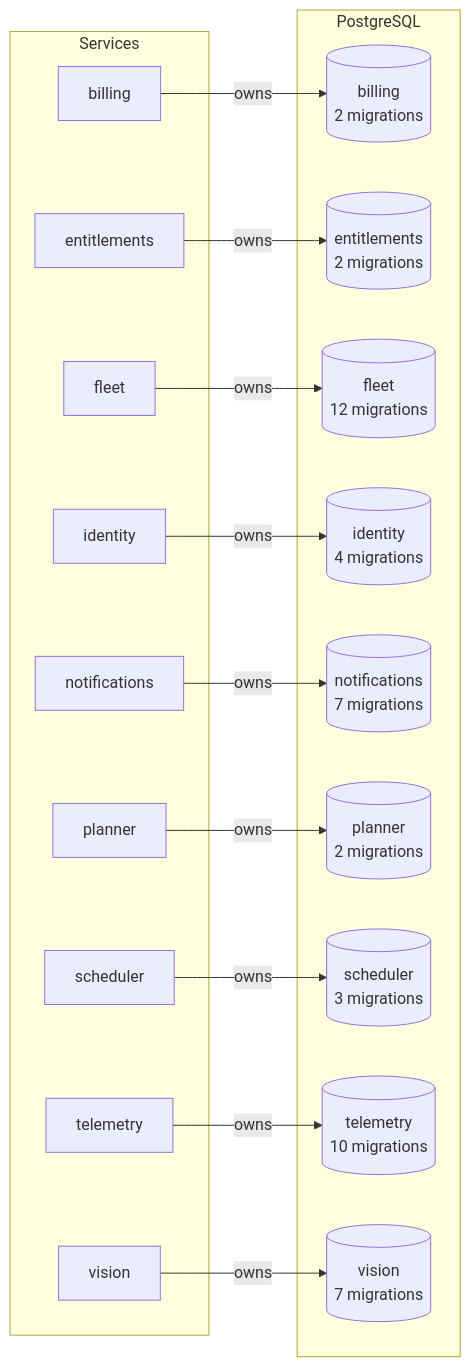
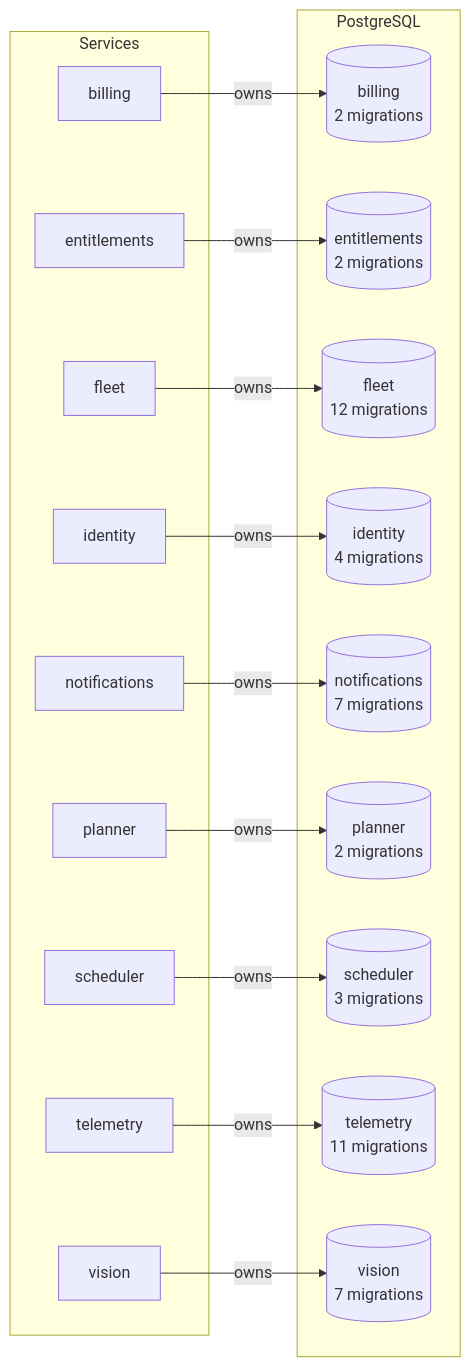
One commit to lukislp/mowdeck changed diagram 15 of 15 in docs/architecture/generated.md. Above: the diagram before and after it, drawn with Mermaid. The commit also changed 24 other files, not shown here.

````diff
--- a/docs/architecture/generated.md
+++ b/docs/architecture/generated.md
@@ -517,34 +517,34 @@
 ```mermaid
 flowchart LR
   subgraph apps[Services]
     billing["billing"]
     entitlements["entitlements"]
     fleet["fleet"]
     identity["identity"]
     notifications["notifications"]
     planner["planner"]
     scheduler["scheduler"]
     telemetry["telemetry"]
     vision["vision"]
   end
   subgraph pg[PostgreSQL]
     db_billing[("billing<br/>2 migrations")]
     db_entitlements[("entitlements<br/>2 migrations")]
     db_fleet[("fleet<br/>12 migrations")]
     db_identity[("identity<br/>4 migrations")]
     db_notifications[("notifications<br/>7 migrations")]
     db_planner[("planner<br/>2 migrations")]
     db_scheduler[("scheduler<br/>3 migrations")]
-    db_telemetry[("telemetry<br/>10 migrations")]
+    db_telemetry[("telemetry<br/>11 migrations")]
     db_vision[("vision<br/>7 migrations")]
   end
   billing -->|owns| db_billing
   entitlements -->|owns| db_entitlements
   fleet -->|owns| db_fleet
   identity -->|owns| db_identity
   notifications -->|owns| db_notifications
   planner -->|owns| db_planner
   scheduler -->|owns| db_scheduler
   telemetry -->|owns| db_telemetry
   vision -->|owns| db_vision
 ```
````
